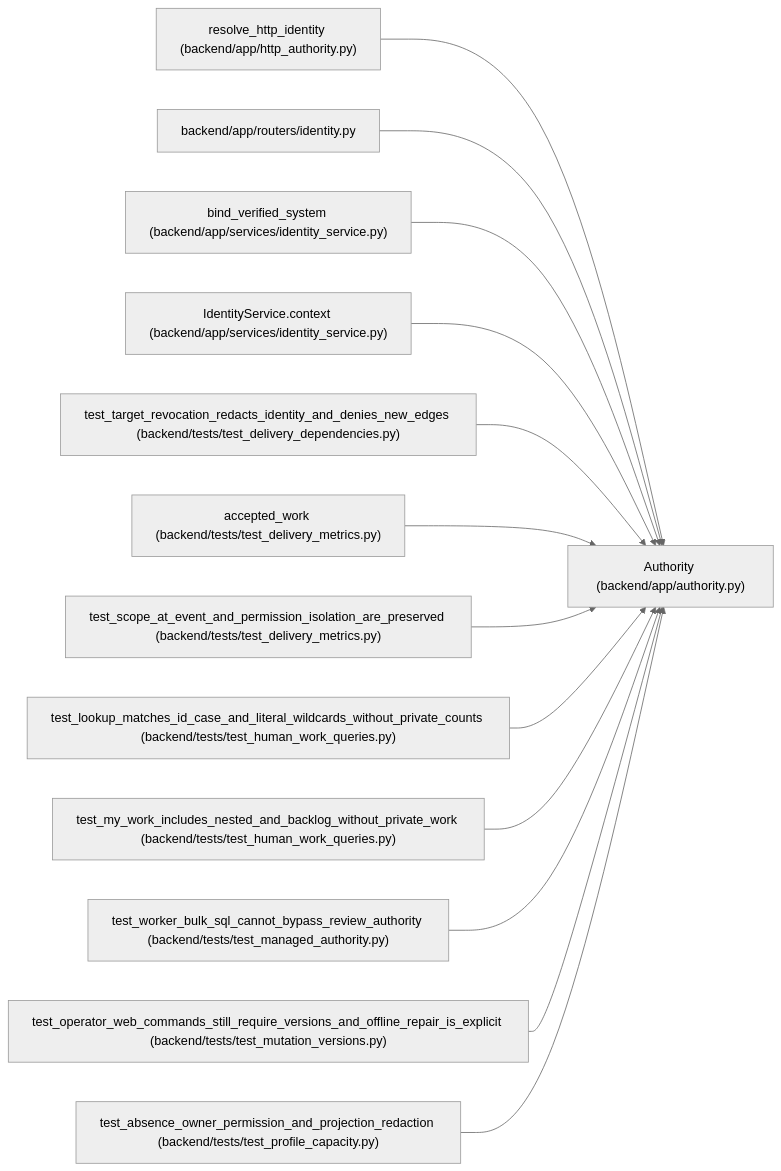
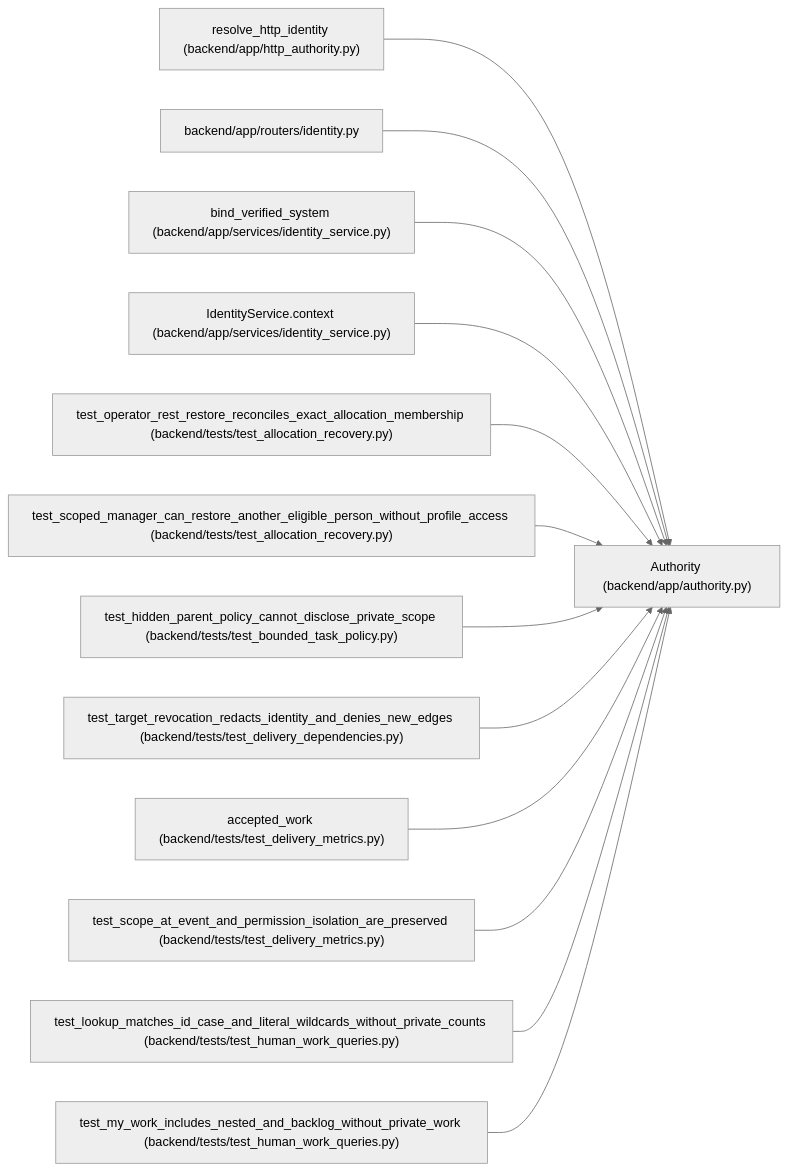
One commit to Denissvgn/WorkChord changed the diagram in docs/llm_wiki/entities/Authority.md. Above: the diagram before and after it, drawn with Mermaid (neutral theme). The commit also changed other lines of this file and 10148 other files, not shown here.

First line of the commit message:
Harden identity, planning concurrency, and recovery (#11)

````diff
--- a/docs/llm_wiki/entities/Authority.md
+++ b/docs/llm_wiki/entities/Authority.md
@@ -45,41 +45,41 @@
 ```mermaid
 flowchart LR
     n0["Authority (backend/app/authority.py)"]
     n1["resolve_http_identity (backend/app/http_authority.py)"]
     n2["backend/app/routers/identity.py"]
     n3["bind_verified_system (backend/app/services/identity_service.py)"]
     n4["IdentityService.context (backend/app/services/identity_service.py)"]
-    n5["test_target_revocation_redacts_identity_and_denies_new_edges (backend/tests/test_delivery_dependencies.py)"]
-    n6["accepted_work (backend/tests/test_delivery_metrics.py)"]
-    n7["test_scope_at_event_and_permission_isolation_are_preserved (backend/tests/test_delivery_metrics.py)"]
-    n8["test_lookup_matches_id_case_and_literal_wildcards_without_private_counts (backend/tests/test_human_work_queries.py)"]
-    n9["test_my_work_includes_nested_and_backlog_without_private_work (backend/tests/test_human_work_queries.py)"]
-    n10["test_worker_bulk_sql_cannot_bypass_review_authority (backend/tests/test_managed_authority.py)"]
-    n11["test_operator_web_commands_still_require_versions_and_offline_repair_is_explicit (backend/tests/test_mutation_versions.py)"]
-    n12["test_absence_owner_permission_and_projection_redaction (backend/tests/test_profile_capacity.py)"]
+    n5["test_operator_rest_restore_reconciles_exact_allocation_membership (backend/tests/test_allocation_recovery.py)"]
+    n6["test_scoped_manager_can_restore_another_eligible_person_without_profile_access (backend/tests/test_allocation_recovery.py)"]
+    n7["test_hidden_parent_policy_cannot_disclose_private_scope (backend/tests/test_bounded_task_policy.py)"]
+    n8["test_target_revocation_redacts_identity_and_denies_new_edges (backend/tests/test_delivery_dependencies.py)"]
+    n9["accepted_work (backend/tests/test_delivery_metrics.py)"]
+    n10["test_scope_at_event_and_permission_isolation_are_preserved (backend/tests/test_delivery_metrics.py)"]
+    n11["test_lookup_matches_id_case_and_literal_wildcards_without_private_counts (backend/tests/test_human_work_queries.py)"]
+    n12["test_my_work_includes_nested_and_backlog_without_private_work (backend/tests/test_human_work_queries.py)"]
     n1 --> n0
     n2 --> n0
     n3 --> n0
     n4 --> n0
     n5 --> n0
     n6 --> n0
     n7 --> n0
     n8 --> n0
     n9 --> n0
     n10 --> n0
     n11 --> n0
     n12 --> n0
     click n0 "../modules/authority.md"
     click n1 "../modules/http_authority.md"
     click n2 "../modules/routers_identity.md"
     click n3 "../modules/identity_service.md"
     click n4 "../modules/identity_service.md"
-    click n5 "../modules/test_delivery_dependencies.md"
-    click n6 "../modules/test_delivery_metrics.md"
-    click n7 "../modules/test_delivery_metrics.md"
-    click n8 "../modules/test_human_work_queries.md"
-    click n9 "../modules/test_human_work_queries.md"
-    click n10 "../modules/test_managed_authority.md"
-    click n11 "../modules/test_mutation_versions.md"
-    click n12 "../modules/test_profile_capacity.md"
+    click n5 "../modules/test_allocation_recovery.md"
+    click n6 "../modules/test_allocation_recovery.md"
+    click n7 "../modules/test_bounded_task_policy.md"
+    click n8 "../modules/test_delivery_dependencies.md"
+    click n9 "../modules/test_delivery_metrics.md"
+    click n10 "../modules/test_delivery_metrics.md"
+    click n11 "../modules/test_human_work_queries.md"
+    click n12 "../modules/test_human_work_queries.md"
 ```
````
